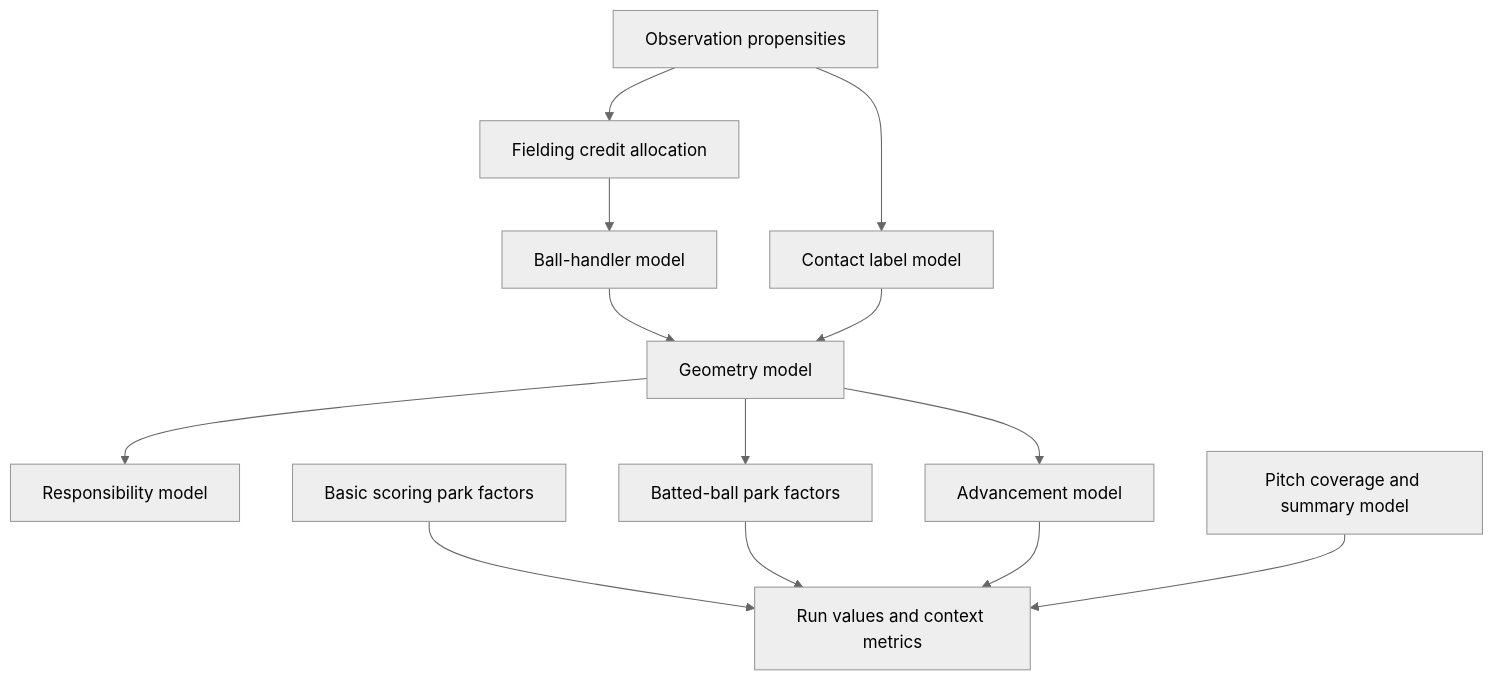
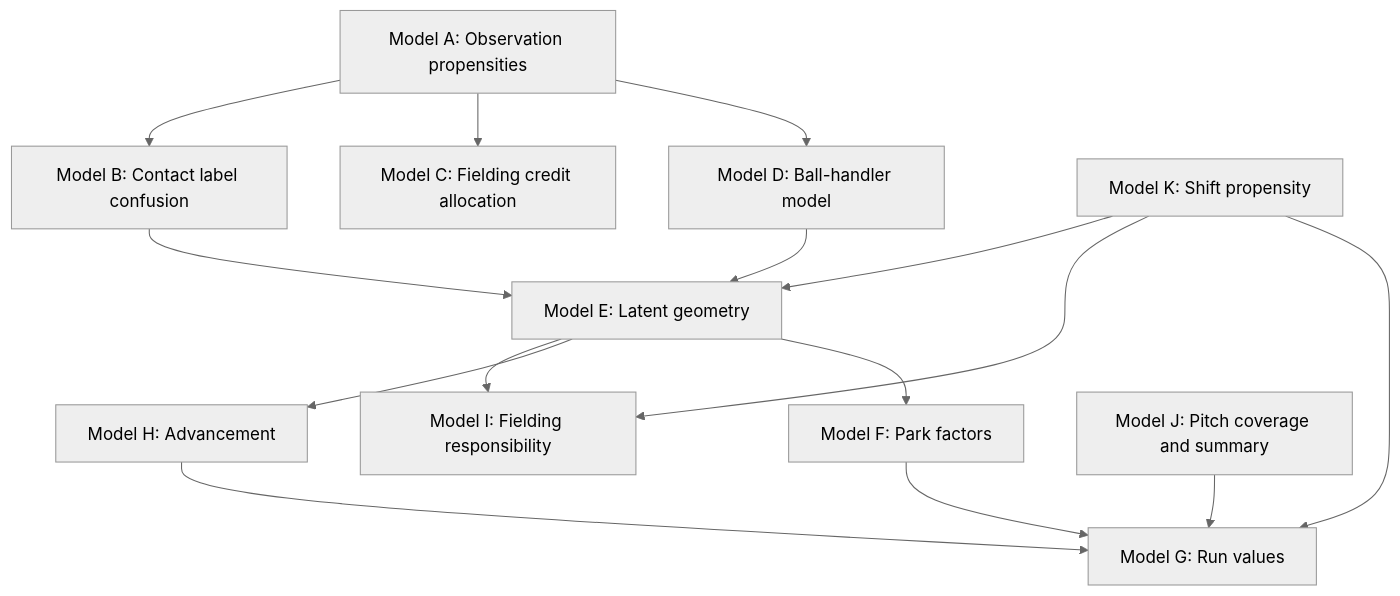
The diagram in notes/data-coverage-implementation/03-hierarchical-models.md (droher/baseball.computer), drawn with Mermaid (neutral theme) before and after one commit. The commit also changed other lines of this file and 11 other files, not shown here.

````diff
--- a/notes/data-coverage-implementation/03-hierarchical-models.md
+++ b/notes/data-coverage-implementation/03-hierarchical-models.md
@@ -36,15 +36,17 @@
 ```mermaid
 flowchart TD
-  A["Observation propensities"] --> B["Fielding credit allocation"]
-  A --> C["Contact label model"]
-  B --> D["Ball-handler model"]
-  D --> E["Geometry model"]
-  C --> E
-  E --> F["Responsibility model"]
-  E --> G["Advancement model"]
-  E --> H["Batted-ball park factors"]
-  I["Basic scoring park factors"] --> J["Run values and context metrics"]
-  H --> J
-  G --> J
-  K["Pitch coverage and summary model"] --> J
+  A["Model A: Observation propensities"] --> B["Model B: Contact label confusion"]
+  A --> C["Model C: Fielding credit allocation"]
+  A --> D["Model D: Ball-handler model"]
+  D --> E["Model E: Latent geometry"]
+  B --> E
+  K["Model K: Shift propensity"] --> E
+  K --> I["Model I: Fielding responsibility"]
+  K --> G["Model G: Run values"]
+  E --> I
+  E --> H["Model H: Advancement"]
+  E --> F["Model F: Park factors"]
+  F --> G
+  H --> G
+  J["Model J: Pitch coverage and summary"] --> G
 ```
````
